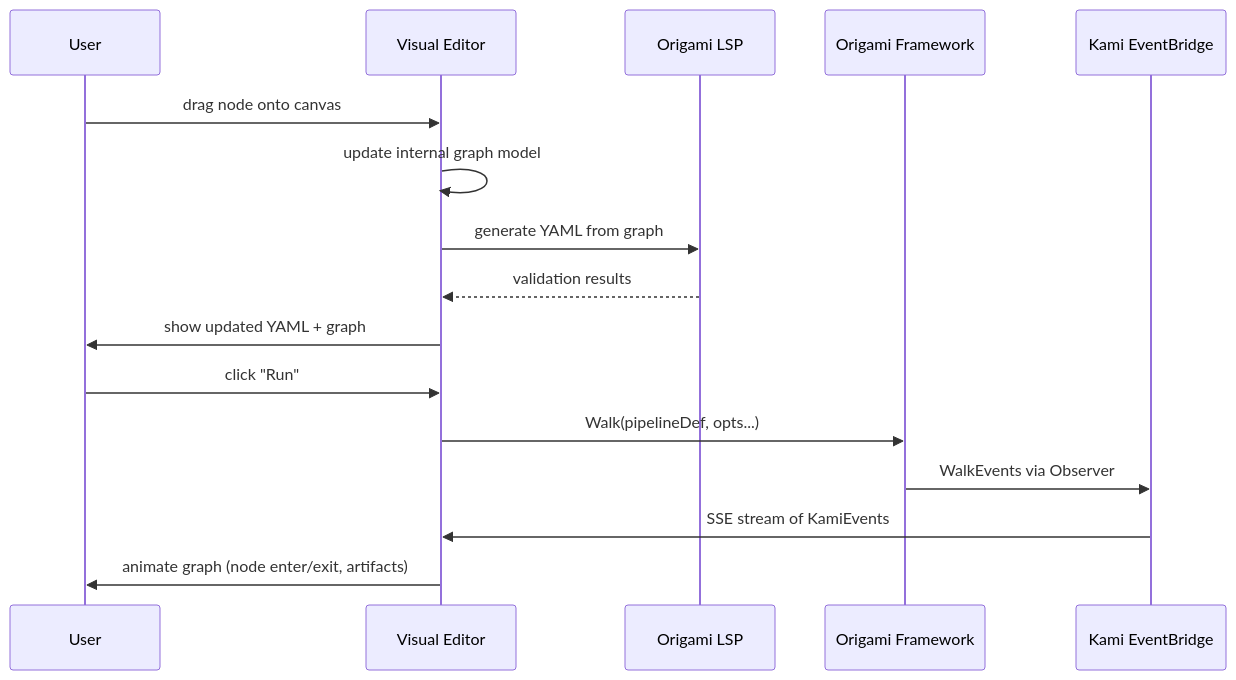
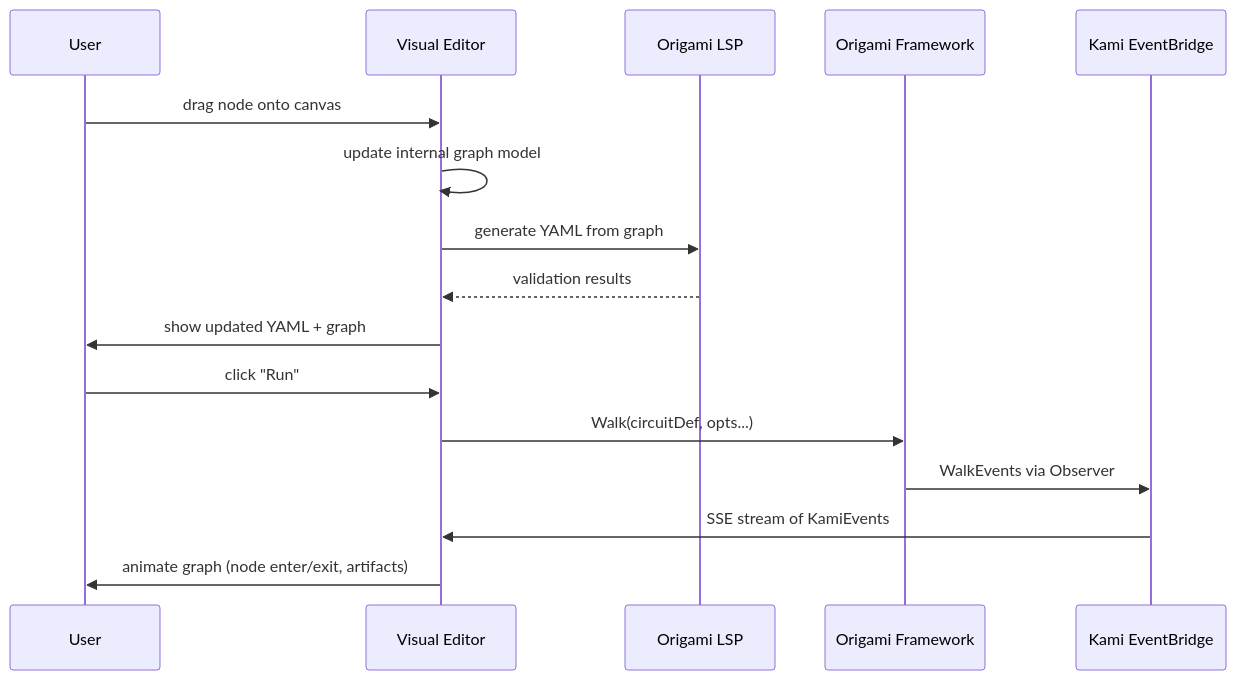
One commit to dpopsuev/origami changed the second of 2 diagrams in .cursor/docs/case-studies/visual-editor-landscape.md. Above: the diagram before and after it, drawn with Mermaid. The commit also changed other lines of this file and 315 other files, not shown here.

````diff
--- a/.cursor/docs/case-studies/visual-editor-landscape.md
+++ b/.cursor/docs/case-studies/visual-editor-landscape.md
@@ -271,20 +271,20 @@
 ```mermaid
 sequenceDiagram
     participant User
     participant Editor as Visual Editor
     participant LSP as Origami LSP
     participant Framework as Origami Framework
     participant Kami as Kami EventBridge
 
     User->>Editor: drag node onto canvas
     Editor->>Editor: update internal graph model
     Editor->>LSP: generate YAML from graph
     LSP-->>Editor: validation results
     Editor->>User: show updated YAML + graph
 
     User->>Editor: click "Run"
-    Editor->>Framework: Walk(pipelineDef, opts...)
+    Editor->>Framework: Walk(circuitDef, opts...)
     Framework->>Kami: WalkEvents via Observer
     Kami->>Editor: SSE stream of KamiEvents
     Editor->>User: animate graph (node enter/exit, artifacts)
 ```
````
